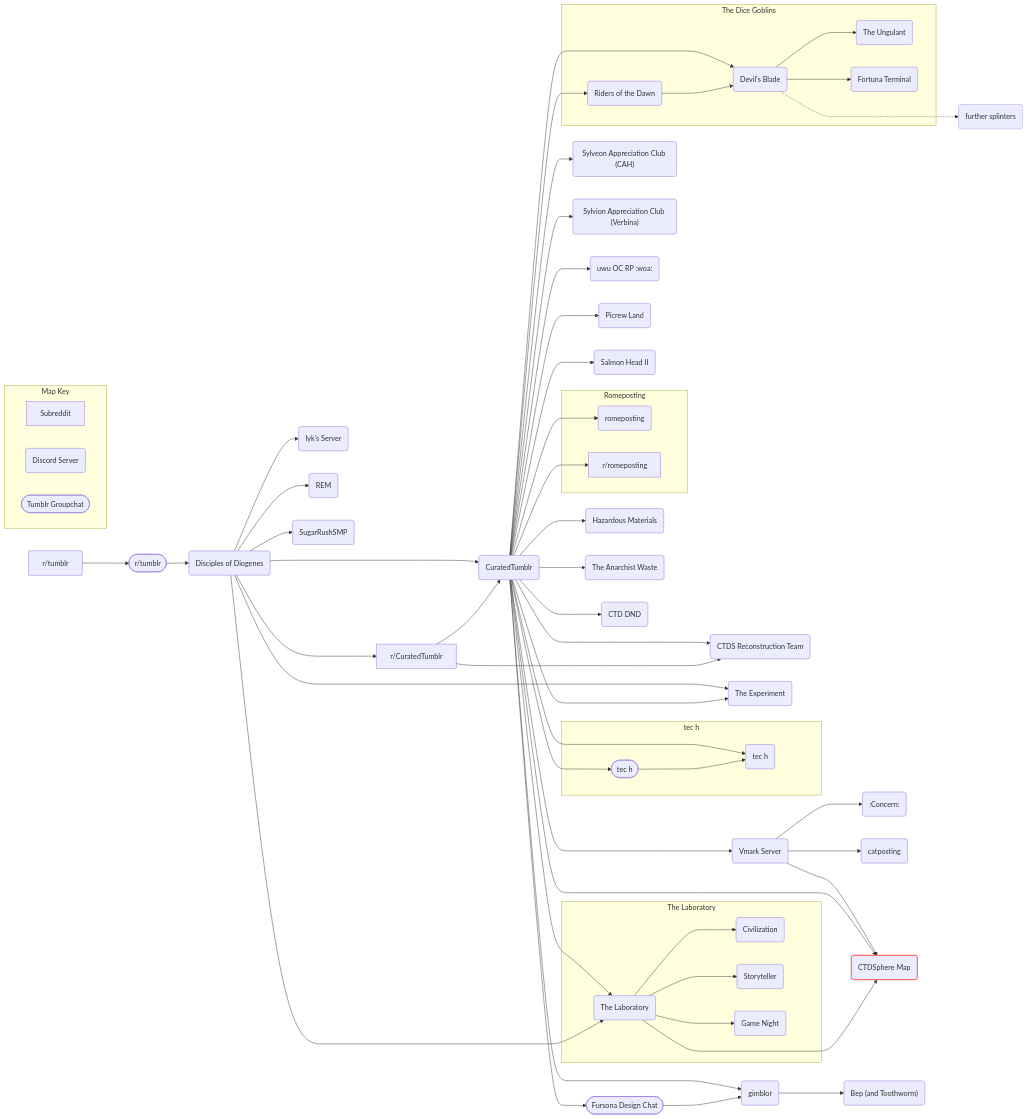
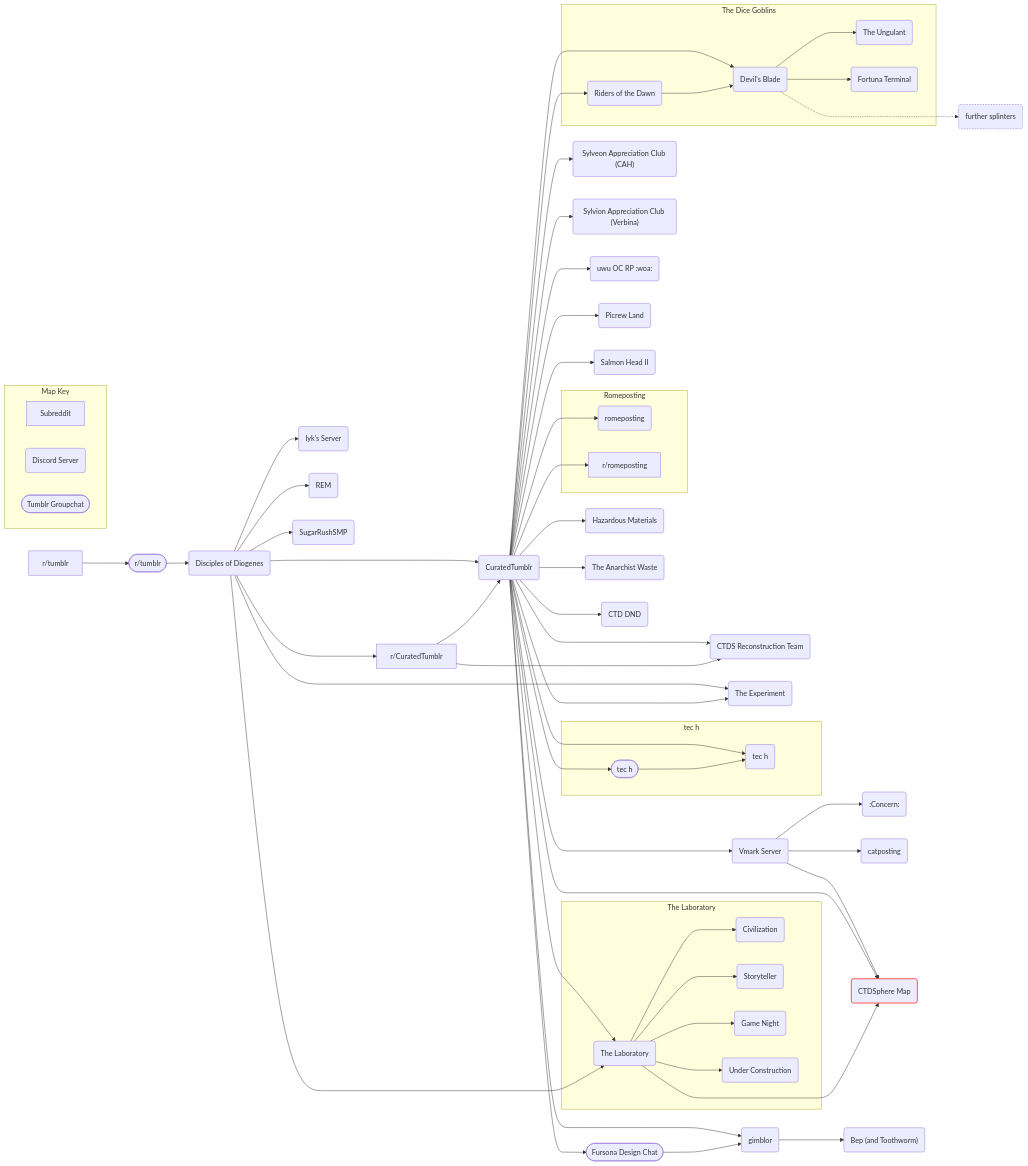
The diagram in Map.md (AnGenericAccount/CTDSphere-Map), drawn with Mermaid before and after one commit.

````diff
--- a/Map.md
+++ b/Map.md
@@ -1,67 +1,68 @@
 ```mermaid
 flowchart LR
     tumblr[r/tumblr]-->groupchat([r/tumblr])
     groupchat-->DoD(Disciples of Diogenes)
     DoD--->subreddit[r/CuratedTumblr]
     DoD-->CTDS(CuratedTumblr)
     subreddit-->CTDS
     DoD-->Iyk(Iyk's Server)
     DoD-->REM(REM)
     DoD-->Sugar(SugarRushSMP)
     CTDS--->reconstruction(CTDS Reconstruction Team)
     subreddit-->reconstruction
     CTDS-->lab(The Laboratory)
     DoD-->lab
     subgraph Laboratory [The Laboratory]
         lab-->Civilization(Civilization)
         lab-->Storyteller(Storyteller)
         lab-->Game(Game Night)
+        lab-->Construction(Under Construction)
     end
     DoD-->Experiment(The Experiment)
     CTDS--->Experiment
     CTDS-->CAH("Sylveon Appreciation Club (CAH)")
     CTDS-->Verbina("Sylvion Appreciation Club (Verbina)")
     CTDS-->tech(tec h)
     CTDS-->techchat([tec h])
     subgraph tec[tec h]
         techchat-->tech
     end
     CTDS-->RP(uwu OC RP :woa:)
     CTDS-->picrew(Picrew Land)
     CTDS-->salmon(Salmon Head II)
     CTDS-->Vmark(Vmark Server)
     Vmark-->concern(:Concern:)
     Vmark-->catposting(catposting)
     Vmark-->sphere("CTDSphere Map")
     style sphere stroke:#f44,stroke-width:2px
     CTDS-->sphere
     lab--->sphere
     CTDS-->gimblor(gimblor)
     CTDS-->fursona([Fursona Design Chat])
     fursona-->gimblor
     gimblor-->bep("Bep (and Toothworm)")
     subgraph Romeposting
         rome(romeposting)
         romesub[r/romeposting]
     end
     CTDS-->rome
     CTDS-->romesub
     CTDS-->hazard(Hazardous Materials)
     CTDS-->anarchist(The Anarchist Waste)
     CTDS-->DND(CTD DND)
     CTDS-->dawn(Riders of the Dawn)
     CTDS-->blade(Devil's Blade)
     subgraph riders[The Dice Goblins]
         dawn-->blade
         blade-->ungulant(The Ungulant)
         blade-->terminal(Fortuna Terminal)   
     end
     blade-..->further(further splinters)
     style further stroke-dasharray:4 2
     subgraph Key [Map Key]
         direction LR
         sub[Subreddit]
         discord(Discord Server)
         chat([Tumblr Groupchat])
     end
 ```
````
